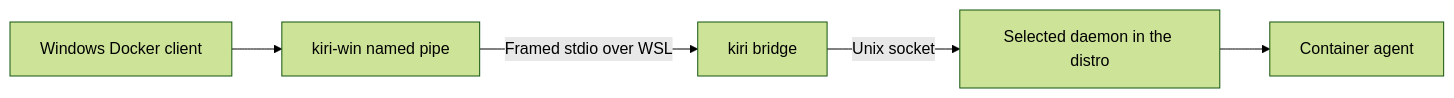
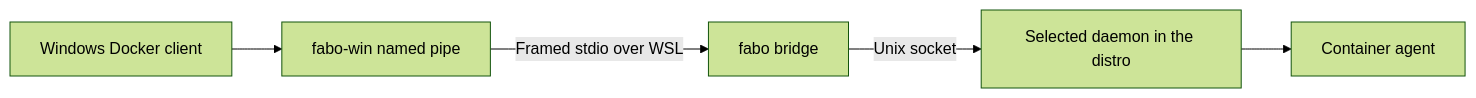
Before and after one commit to OpenFabrica/Fabo: the fifth of 43 diagrams in docs/desktop-overview.md, drawn with Mermaid (forest theme). The commit also changed other lines of this file and 473 other files, not shown here.

First line of the commit message:
refactor: rename the project's own kiri identity to fabo

````diff
--- a/docs/desktop-overview.md
+++ b/docs/desktop-overview.md
@@ -302,7 +303,7 @@
 ```mermaid
 flowchart LR
-    Docker[Windows Docker client] --> Pipe[kiri-win named pipe]
-    Pipe -->|Framed stdio over WSL| Bridge[kiri bridge]
+    Docker[Windows Docker client] --> Pipe[fabo-win named pipe]
+    Pipe -->|Framed stdio over WSL| Bridge[fabo bridge]
     Bridge -->|Unix socket| Engine[Selected daemon in the distro]
     Engine --> Agent[Container agent]
 ```
````
